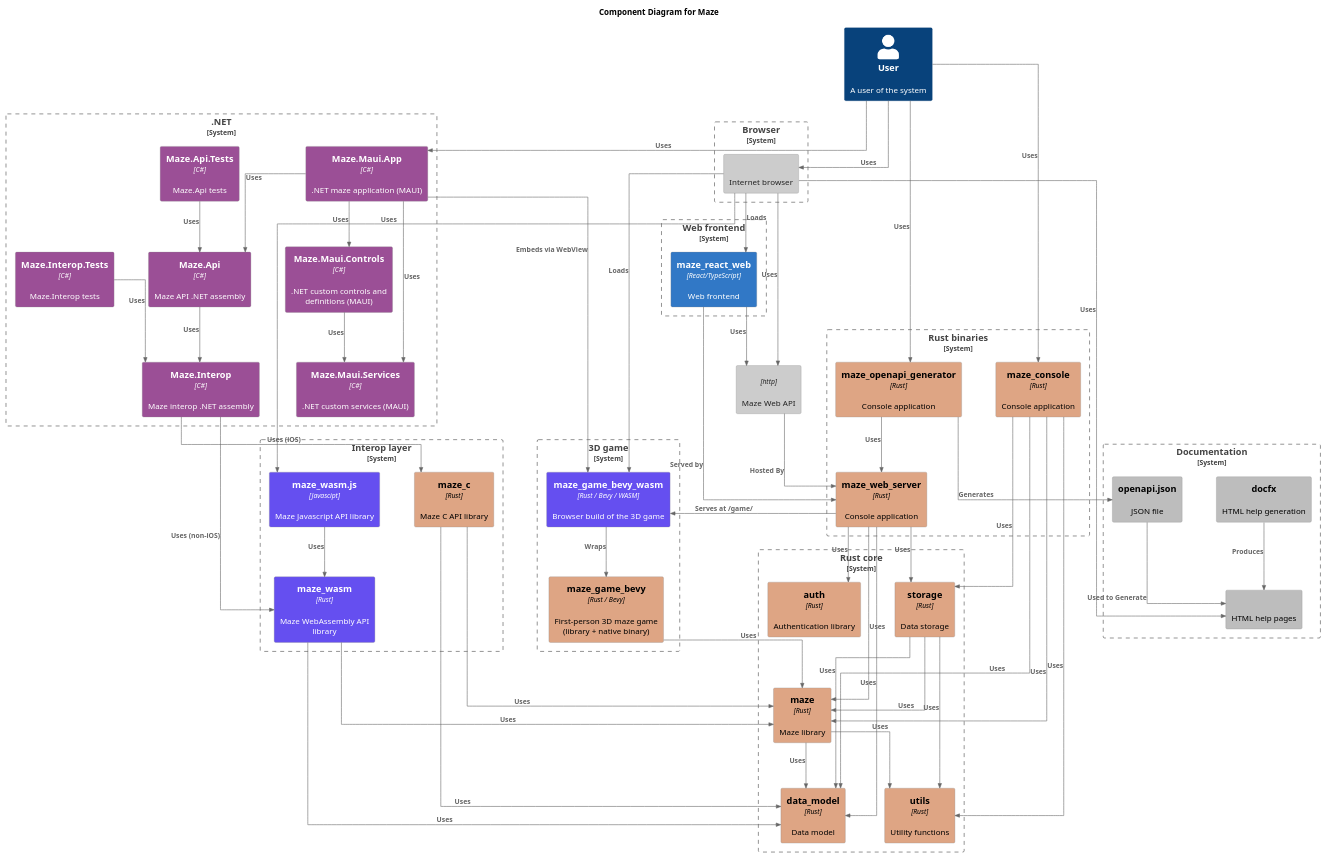
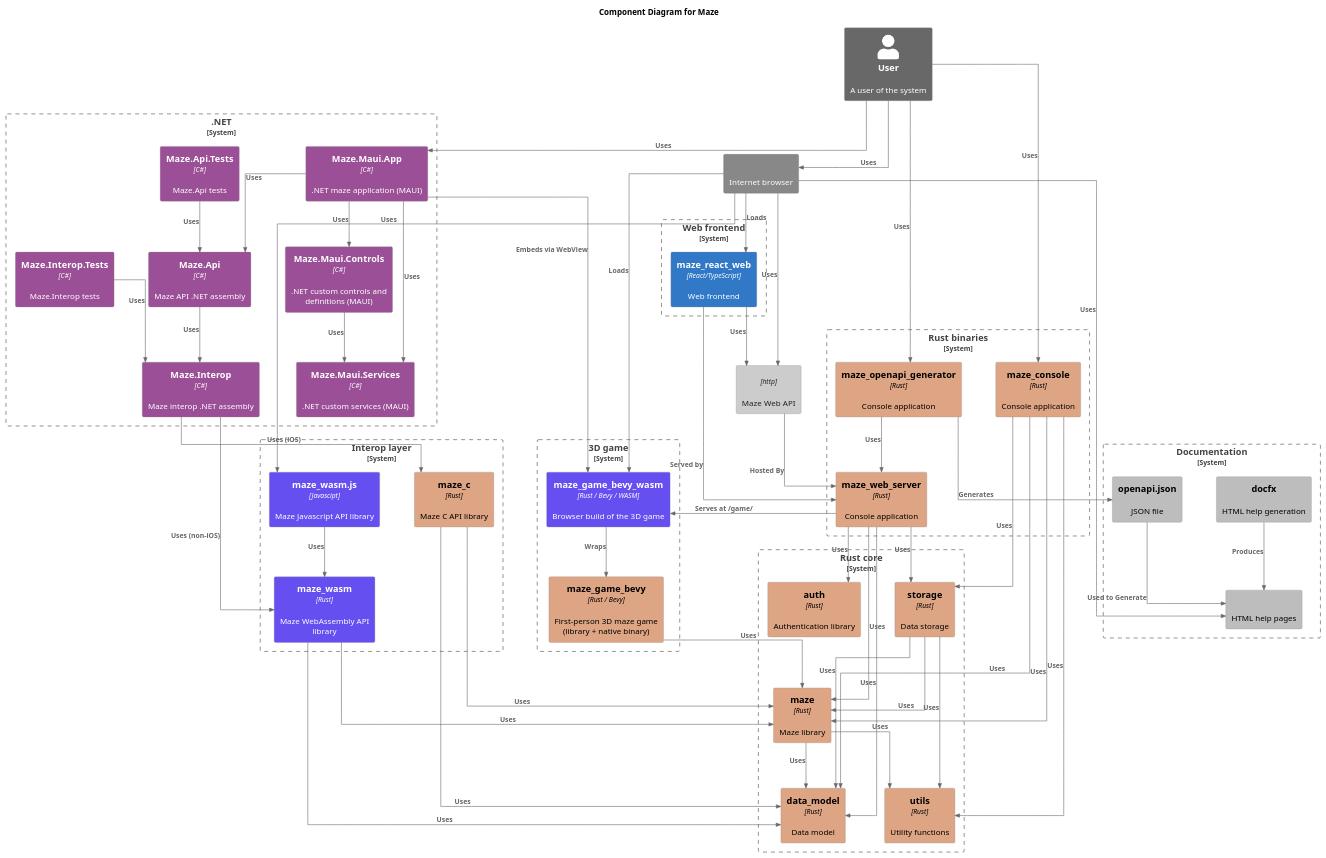
Before and after one commit to budgiedownunder/maze: the diagram in docs/diagrams/components.puml, drawn with PlantUML. The commit also changed 1 other file, not shown here.

Commit message:
docs(diagrams): mark User and Browser as external and visually distinguish external from structural greys

```diff
--- a/docs/diagrams/components.puml
+++ b/docs/diagrams/components.puml
@@ -2,122 +2,121 @@
 @startuml components
 
 !include https://raw.githubusercontent.com/plantuml-stdlib/C4-PlantUML/master/C4_Container.puml
 
 LAYOUT_TOP_DOWN()
 HIDE_STEREOTYPE()
 skinparam linetype ortho
 skinparam nodesep 60
 skinparam ranksep 80
 
 UpdateElementStyle("container", $bgColor="#cccccc", $fontColor="#222222", $borderColor="#888888")
+UpdateElementStyle("external_container", $bgColor="#888888", $fontColor="#ffffff", $borderColor="#666666")
 
 AddElementTag("rust",   $bgColor="#dea584", $fontColor="#000000", $legendText="Rust")
 AddElementTag("csharp", $bgColor="#9b4f96", $fontColor="#ffffff", $legendText="C# / .NET")
 AddElementTag("ts",     $bgColor="#3178c6", $fontColor="#ffffff", $legendText="TypeScript / React")
 AddElementTag("wasm",   $bgColor="#654ff0", $fontColor="#ffffff", $legendText="WebAssembly")
 AddElementTag("doc",    $bgColor="#bdbdbd", $fontColor="#000000", $legendText="Documentation")
 
 title Component Diagram for Maze
 
-Person(user, "User", "A user of the system")
+Person_Ext(user, "User", "A user of the system")
 
-System_Boundary(c1, "Browser") {
-    Container(browser, "", "", "Internet browser")
-}
+Container_Ext(browser, "", "", "Internet browser")
 
 Container(maze_web_api, "", "http", "Maze Web API")
 
 System_Boundary(b_rust_core, "Rust core") {
     Container(maze, "maze", "Rust", "Maze library", $tags="rust")
     Container(data_model, "data_model", "Rust", "Data model", $tags="rust")
     Container(utils, "utils", "Rust", "Utility functions", $tags="rust")
     Container(auth, "auth", "Rust", "Authentication library", $tags="rust")
     Container(storage, "storage", "Rust", "Data storage", $tags="rust")
 }
 
 System_Boundary(b_rust_bins, "Rust binaries") {
     Container(maze_web_server, "maze_web_server", "Rust", "Console application", $tags="rust")
     Container(maze_console, "maze_console", "Rust", "Console application", $tags="rust")
     Container(maze_openapi_generator, "maze_openapi_generator", "Rust", "Console application", $tags="rust")
 }
 
 System_Boundary(b_interop, "Interop layer") {
     Container(maze_wasm, "maze_wasm", "Rust", "Maze WebAssembly API library", $tags="wasm")
     Container(maze_wasm_js, "maze_wasm.js", "Javascipt", "Maze Javascript API library", $tags="wasm")
     Container(maze_c, "maze_c", "Rust", "Maze C API library", $tags="rust")
 }
 
 System_Boundary(b_dotnet, ".NET") {
     Container(maze_maui_app_net, "Maze.Maui.App", "C#", ".NET maze application (MAUI)", $tags="csharp")
     Container(maze_maui_controls_net, "Maze.Maui.Controls", "C#", ".NET custom controls and definitions (MAUI)", $tags="csharp")
     Container(maze_maui_services_net, "Maze.Maui.Services", "C#", ".NET custom services (MAUI)", $tags="csharp")
     Container(maze_api_net, "Maze.Api", "C#", "Maze API .NET assembly", $tags="csharp")
     Container(maze_api_net_tests, "Maze.Api.Tests", "C#", "Maze.Api tests", $tags="csharp")
     Container(maze_interop_net, "Maze.Interop", "C#", "Maze interop .NET assembly", $tags="csharp")
     Container(maze_interop_net_tests, "Maze.Interop.Tests", "C#", "Maze.Interop tests", $tags="csharp")
 }
 
 System_Boundary(b_web, "Web frontend") {
     Container(maze_react_web, "maze_react_web", "React/TypeScript", "Web frontend", $tags="ts")
 }
 
 System_Boundary(b_game, "3D game") {
     Container(maze_game_bevy, "maze_game_bevy", "Rust / Bevy", "First-person 3D maze game (library + native binary)", $tags="rust")
     Container(maze_game_bevy_wasm, "maze_game_bevy_wasm", "Rust / Bevy / WASM", "Browser build of the 3D game", $tags="wasm")
 }
 
 System_Boundary(b_docs, "Documentation") {
     Container(docfx, "docfx", "", "HTML help generation", $tags="doc")
     Container(html_help, "", "", "HTML help pages", $tags="doc")
     Container(openapi_json, "openapi.json", "", "JSON file", $tags="doc")
 }
 
 Rel(user, browser, "Uses")
 Rel(browser, html_help, "Uses")
 Rel(browser, maze_wasm_js, "Uses")
 Rel(docfx, html_help, "Produces")
 Rel(user, maze_console, "Uses")
 Rel(maze_console, data_model, "Uses")
 Rel(maze_console, maze, "Uses")
 Rel(maze_console, storage, "Uses")
 Rel(maze_console, utils, "Uses")
 Rel(browser, maze_react_web, "Loads")
 Rel(maze_react_web, maze_web_api, "Uses")
 Rel(maze_react_web, maze_web_server, "Served by")
 Rel(browser, maze_web_api, "Uses")
 Rel(maze_web_api, maze_web_server, "Hosted By")
 Rel(maze_web_server, auth, "Uses")
 Rel(maze_web_server, data_model, "Uses")
 Rel(maze_web_server, maze, "Uses")
 Rel(maze_web_server, storage, "Uses")
 Rel(user, maze_openapi_generator, "Uses")
 Rel(maze_openapi_generator, maze_web_server, "Uses")
 Rel(maze_openapi_generator, openapi_json, "Generates")
 Rel(openapi_json, html_help, "Used to Generate")
 Rel(user, maze_maui_app_net, "Uses")
 Rel(maze_maui_app_net, maze_maui_controls_net, "Uses")
 Rel(maze_maui_app_net, maze_maui_services_net, "Uses")
 Rel(maze_maui_app_net, maze_api_net, "Uses")
 Rel(maze_maui_controls_net, maze_maui_services_net, "Uses")
 Rel(maze_api_net_tests, maze_api_net, "Uses")
 Rel(maze_api_net, maze_interop_net, "Uses")
 Rel(maze_interop_net_tests, maze_interop_net, "Uses")
 Rel(maze_interop_net, maze_wasm, "Uses (non-iOS)")
 Rel(maze_interop_net, maze_c, "Uses (iOS)")
 Rel(maze_wasm_js, maze_wasm, "Uses")
 Rel(maze_wasm, data_model, "Uses")
 Rel(maze_wasm, maze, "Uses")
 Rel(maze_c, data_model, "Uses")
 Rel(maze_c, maze, "Uses")
 Rel(storage, data_model, "Uses")
 Rel(storage, maze, "Uses")
 Rel(storage, utils, "Uses")
 Rel(maze, data_model, "Uses")
 Rel(maze, utils, "Uses")
 Rel(maze_game_bevy, maze, "Uses")
 Rel(maze_game_bevy_wasm, maze_game_bevy, "Wraps")
 Rel(maze_web_server, maze_game_bevy_wasm, "Serves at /game/")
 Rel(browser, maze_game_bevy_wasm, "Loads")
 Rel(maze_maui_app_net, maze_game_bevy_wasm, "Embeds via WebView")
 
 @enduml
```
